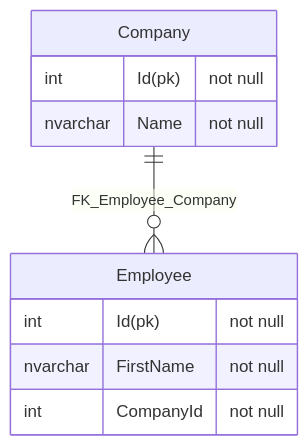
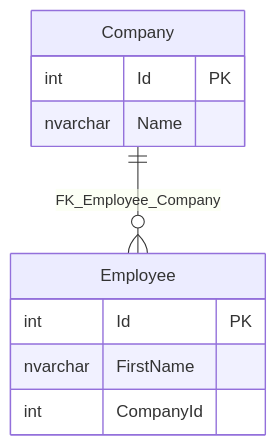
The diagram in src/SqlServerToMermaidTool.Tests/IntegrationTests.ConnectionString_ToMarkdown.verified.md (SimonCropp/DbToMermaid), drawn with Mermaid before and after one commit. The commit also changed 12 other files, not shown here.

````diff
--- a/src/SqlServerToMermaidTool.Tests/IntegrationTests.ConnectionString_ToMarkdown.verified.md
+++ b/src/SqlServerToMermaidTool.Tests/IntegrationTests.ConnectionString_ToMarkdown.verified.md
@@ -1,13 +1,13 @@
 ```mermaid
 erDiagram
   Company {
-    int Id(pk) "not null"
-    nvarchar Name "not null"
+    int Id PK
+    nvarchar Name
   }
   Employee {
-    int Id(pk) "not null"
-    nvarchar FirstName "not null"
-    int CompanyId "not null"
+    int Id PK
+    nvarchar FirstName
+    int CompanyId
   }
   Company ||--o{ Employee : "FK_Employee_Company"
 ```
````
